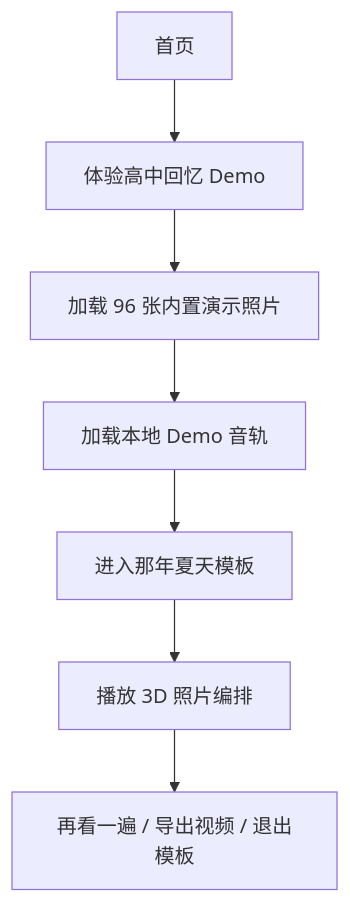
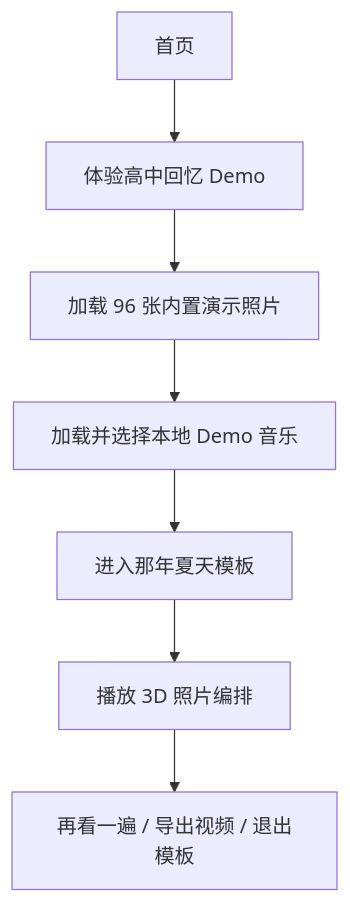
One commit to 3555489035ppx-wq/memory-universe changed the second of 3 diagrams in docs/USER_FLOW.md. Above: the diagram before and after it, drawn with Mermaid. The commit also changed other lines of this file and 62 other files, not shown here.

````diff
--- a/docs/USER_FLOW.md
+++ b/docs/USER_FLOW.md
@@ -17,9 +17,9 @@
 ```mermaid
 flowchart TD
   H[首页] --> I[体验高中回忆 Demo]
   I --> J[加载 96 张内置演示照片]
-  J --> K[加载本地 Demo 音轨]
+  J --> K[加载并选择本地 Demo 音乐]
   K --> L[进入那年夏天模板]
   L --> M[播放 3D 照片编排]
   M --> N[再看一遍 / 导出视频 / 退出模板]
 ```
````
